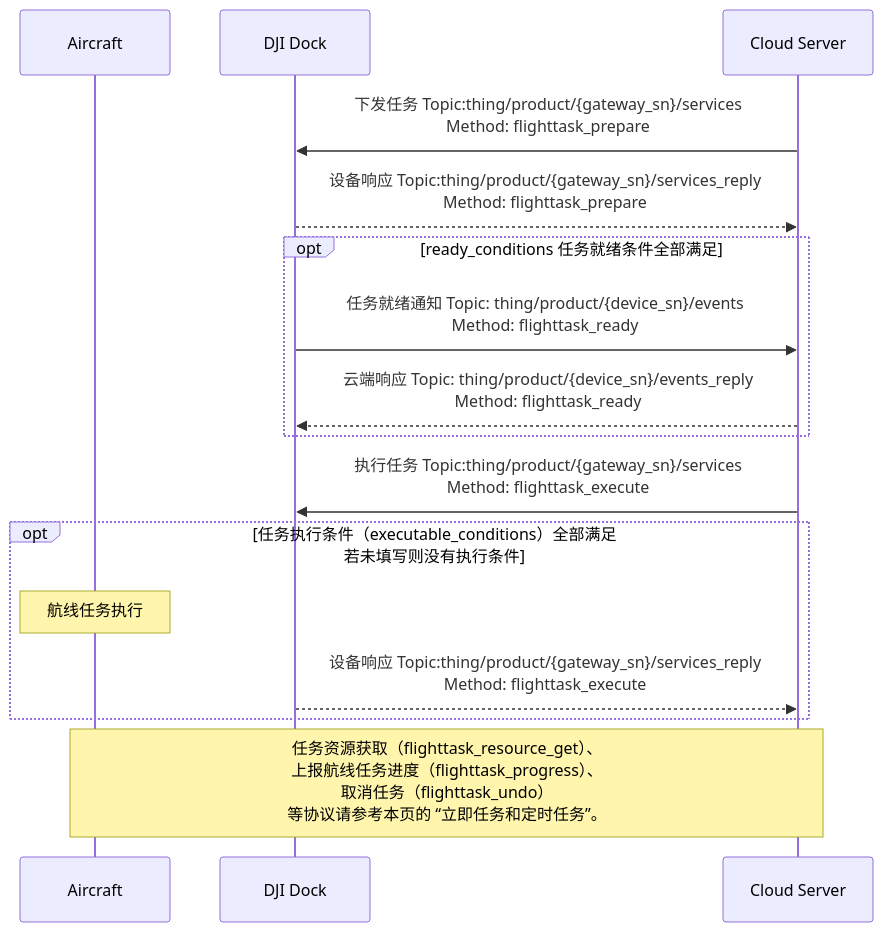
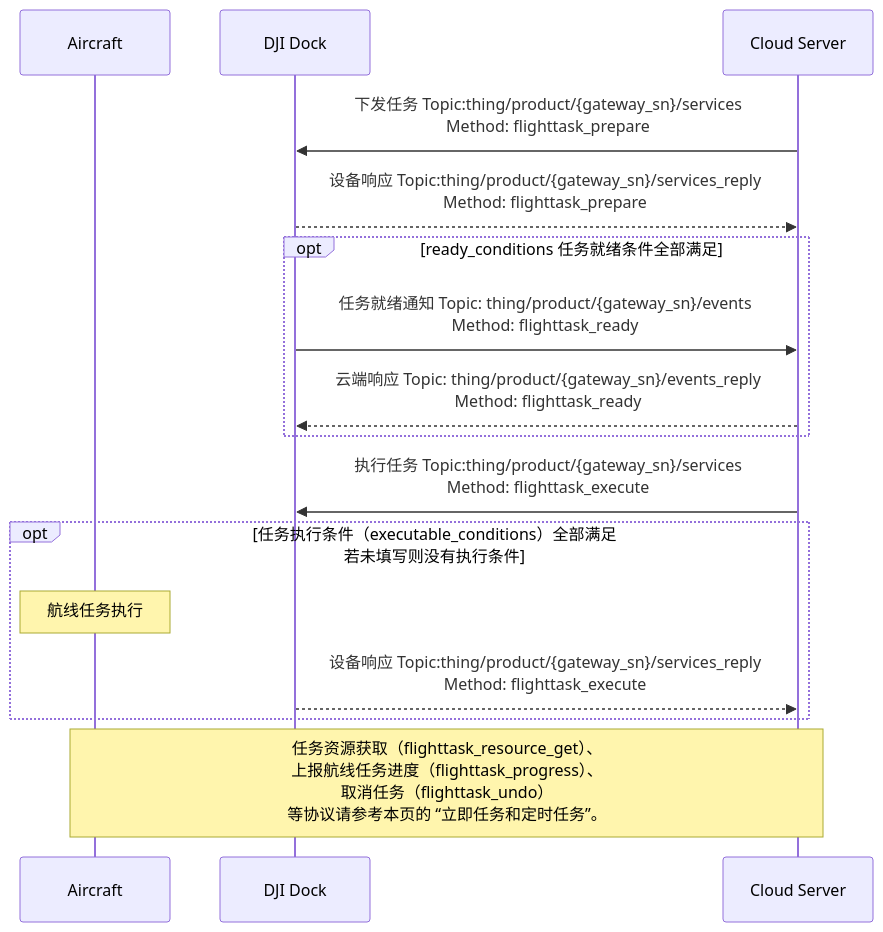
Before and after one commit to dji-sdk/Cloud-API-Doc: the second of 2 diagrams in docs/cn/30.feature-set/20.dock-feature-set/50.dock-wayline-management.md, drawn with Mermaid. The commit also changed other lines of this file and 152 other files, not shown here.

````diff
--- a/docs/cn/30.feature-set/20.dock-feature-set/50.dock-wayline-management.md
+++ b/docs/cn/30.feature-set/20.dock-feature-set/50.dock-wayline-management.md
@@ -80,24 +80,24 @@
 ```mermaid
 sequenceDiagram
 
 participant object as Aircraft
 participant client as DJI Dock
 participant server as Cloud Server
 
 server ->> client: 下发任务 Topic:thing/product/{gateway_sn}/services<br/>Method: flighttask_prepare
 client -->> server: 设备响应 Topic:thing/product/{gateway_sn}/services_reply<br/>Method: flighttask_prepare
 
 opt ready_conditions 任务就绪条件全部满足
-client ->> server: 任务就绪通知 Topic: thing/product/{device_sn}/events<br/>Method: flighttask_ready
-server -->> client: 云端响应 Topic: thing/product/{device_sn}/events_reply<br/>Method: flighttask_ready
+client ->> server: 任务就绪通知 Topic: thing/product/{gateway_sn}/events<br/>Method: flighttask_ready
+server -->> client: 云端响应 Topic: thing/product/{gateway_sn}/events_reply<br/>Method: flighttask_ready
 end
 
 server ->> client: 执行任务 Topic:thing/product/{gateway_sn}/services<br/>Method: flighttask_execute
 opt 任务执行条件（executable_conditions）全部满足<br/>若未填写则没有执行条件
 note over object: 航线任务执行
 client -->> server: 设备响应 Topic:thing/product/{gateway_sn}/services_reply<br/>Method: flighttask_execute
 end
 
 note over object, server: 任务资源获取（flighttask_resource_get）、<br/>上报航线任务进度（flighttask_progress）、<br/>取消任务（flighttask_undo）<br/>等协议请参考本页的 “立即任务和定时任务”。
 
 ```
````
